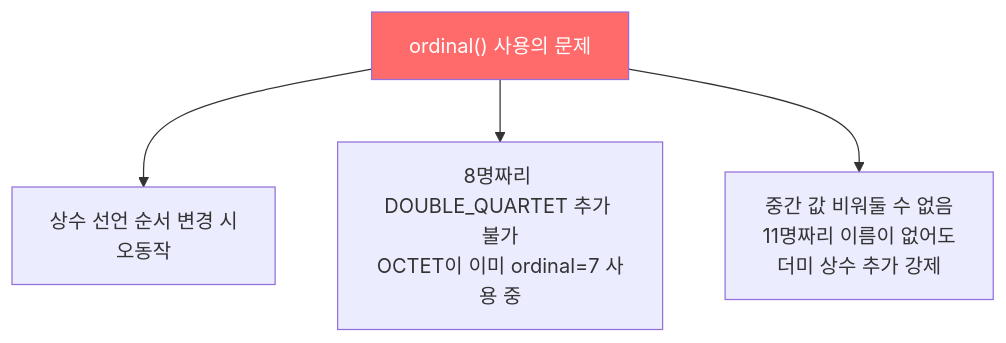
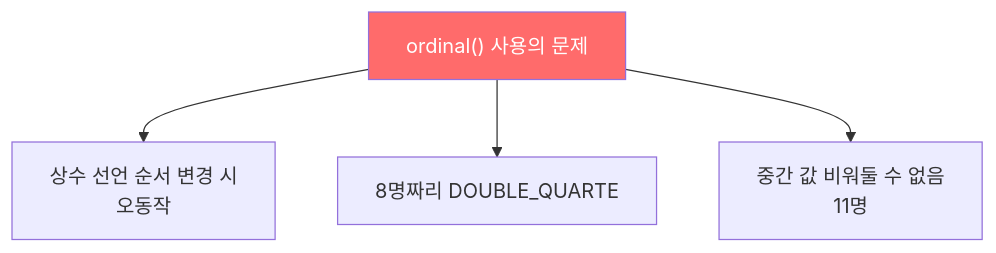
The first of 2 diagrams in _posts/java/2022-01-14-effective-java35.md (yjkim2015/yjkim2015.github.io), drawn with Mermaid before and after one commit. The commit also changed other lines of this file and 271 other files, not shown here.

First line of the commit message:
Mermaid 라벨 축소: 긴 노드 텍스트 18자 이하로 트림 + \n 제거

````diff
--- a/_posts/java/2022-01-14-effective-java35.md
+++ b/_posts/java/2022-01-14-effective-java35.md
@@ -30,7 +30,7 @@
 ```mermaid
 graph TD
     A["ordinal() 사용의 문제"] --> B["상수 선언 순서 변경 시\n오동작"]
-    A --> C["8명짜리 DOUBLE_QUARTET 추가 불가\nOCTET이 이미 ordinal=7 사용 중"]
-    A --> D["중간 값 비워둘 수 없음\n11명짜리 이름이 없어도\n더미 상수 추가 강제"]
+    A --> C["8명짜리 DOUBLE_QUARTE"]
+    A --> D["중간 값 비워둘 수 없음\n11명"]
     style A fill:#ff6b6b,color:#fff
 ```
````
